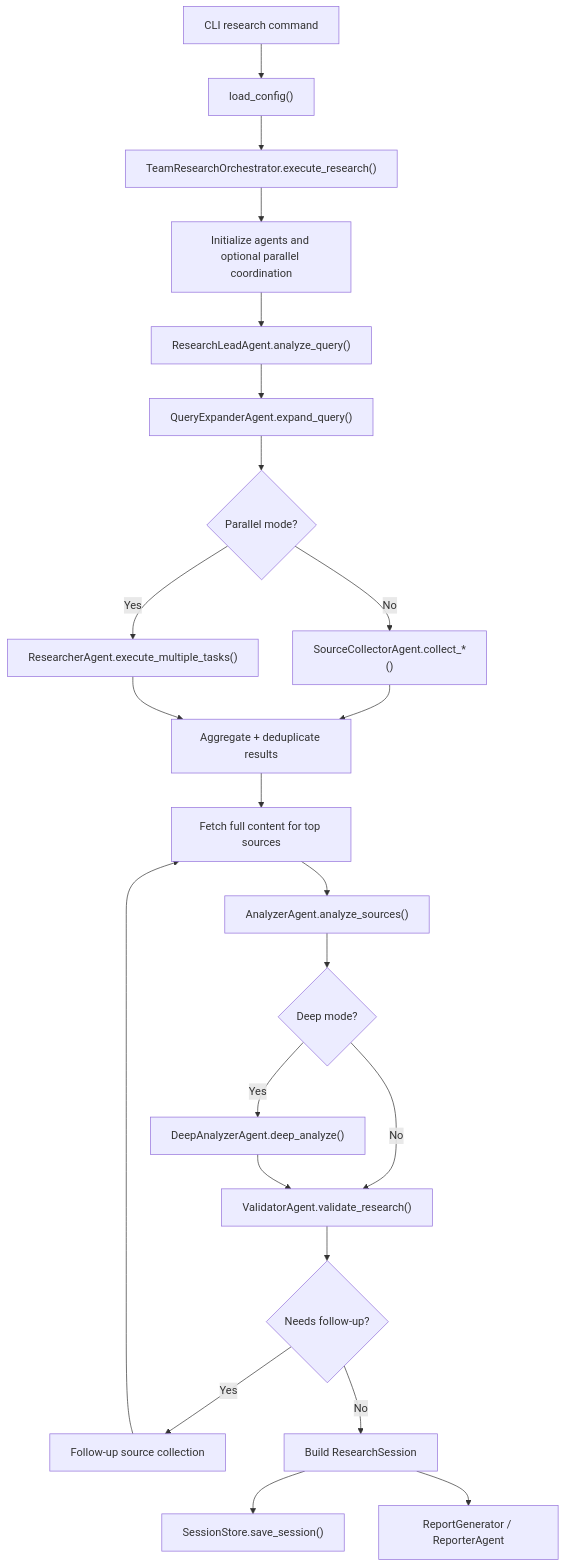
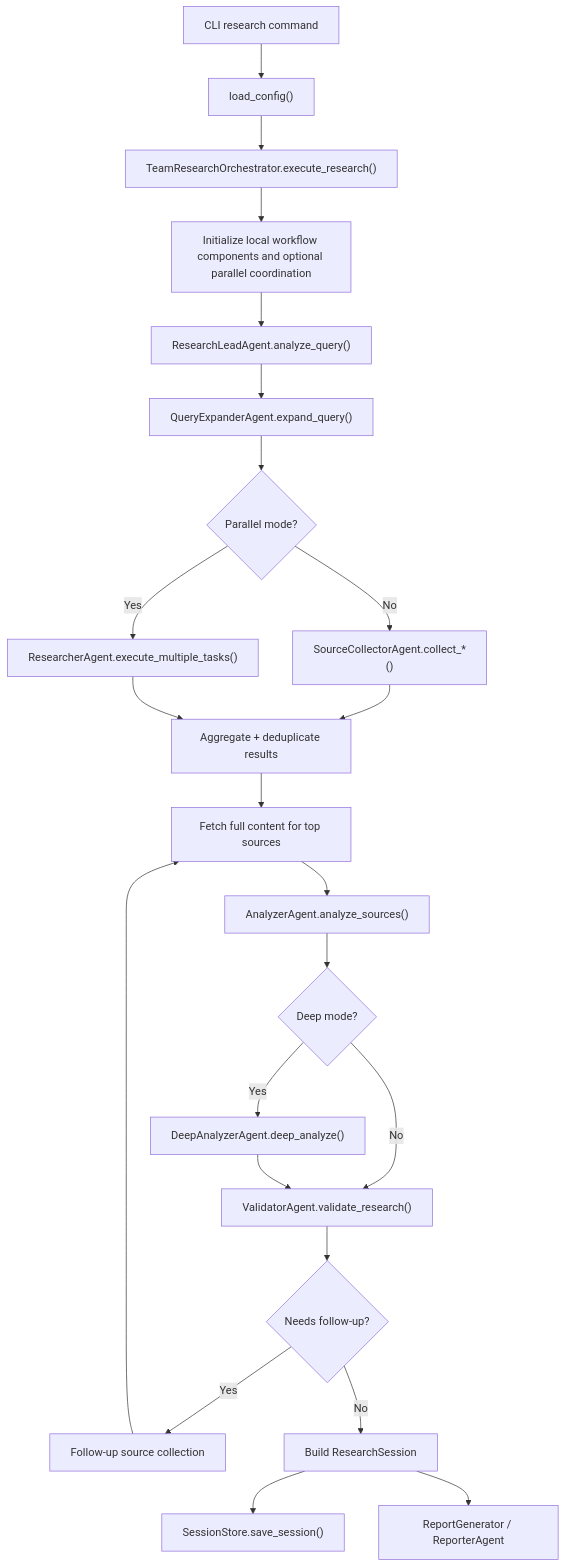
One commit to xxibcill/cc-deep-reasearch changed the diagram in docs/RESEARCH_WORKFLOW.md. Above: the diagram before and after it, drawn with Mermaid. The commit also changed other lines of this file and 6 other files, not shown here.

````diff
--- a/docs/RESEARCH_WORKFLOW.md
+++ b/docs/RESEARCH_WORKFLOW.md
@@ -41,25 +41,25 @@
 ```mermaid
 flowchart TD
     A["CLI research command"] --> B["load_config()"]
     B --> C["TeamResearchOrchestrator.execute_research()"]
-    C --> D["Initialize agents and optional parallel coordination"]
+    C --> D["Initialize local workflow components and optional parallel coordination"]
     D --> E["ResearchLeadAgent.analyze_query()"]
     E --> F["QueryExpanderAgent.expand_query()"]
     F --> G{"Parallel mode?"}
     G -- "No" --> H["SourceCollectorAgent.collect_*()"]
     G -- "Yes" --> I["ResearcherAgent.execute_multiple_tasks()"]
     H --> J["Aggregate + deduplicate results"]
     I --> J
     J --> K["Fetch full content for top sources"]
     K --> L["AnalyzerAgent.analyze_sources()"]
     L --> M{"Deep mode?"}
     M -- "Yes" --> N["DeepAnalyzerAgent.deep_analyze()"]
     M -- "No" --> O["ValidatorAgent.validate_research()"]
     N --> O
     O --> P{"Needs follow-up?"}
     P -- "Yes" --> Q["Follow-up source collection"]
     Q --> K
     P -- "No" --> R["Build ResearchSession"]
     R --> S["SessionStore.save_session()"]
     R --> T["ReportGenerator / ReporterAgent"]
 ```
````
